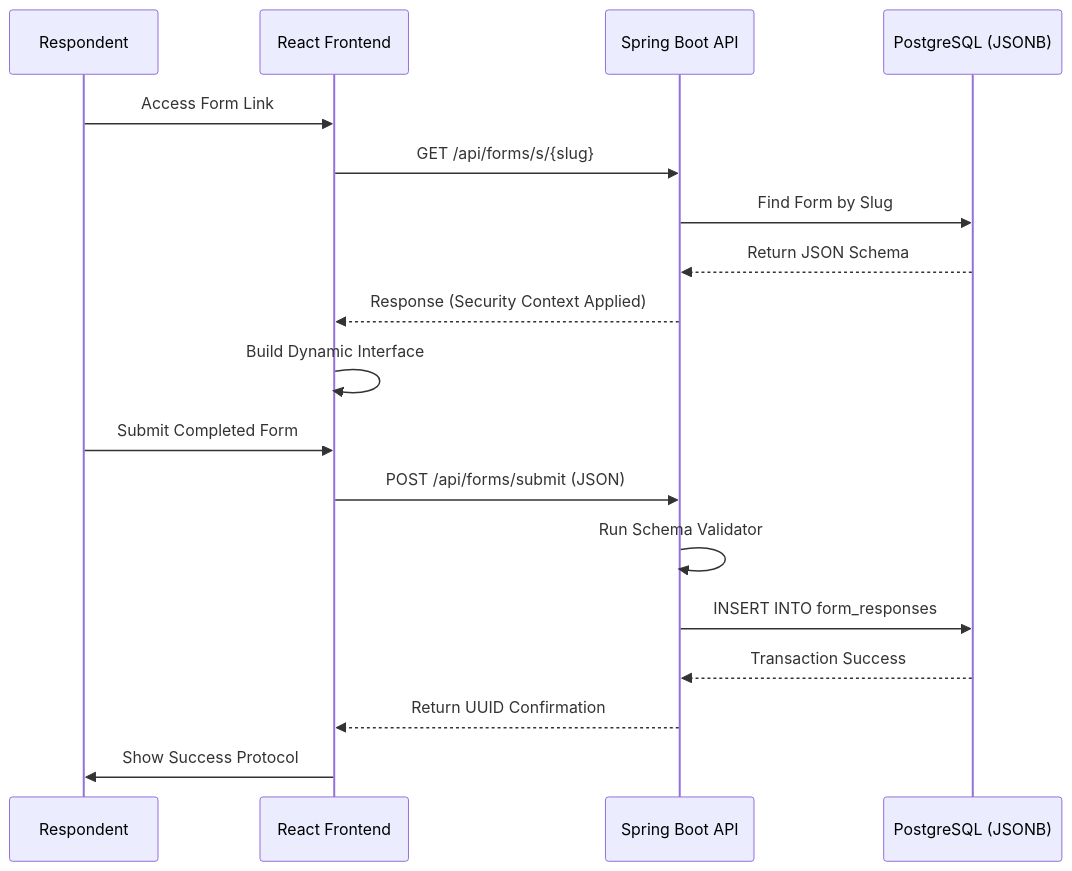
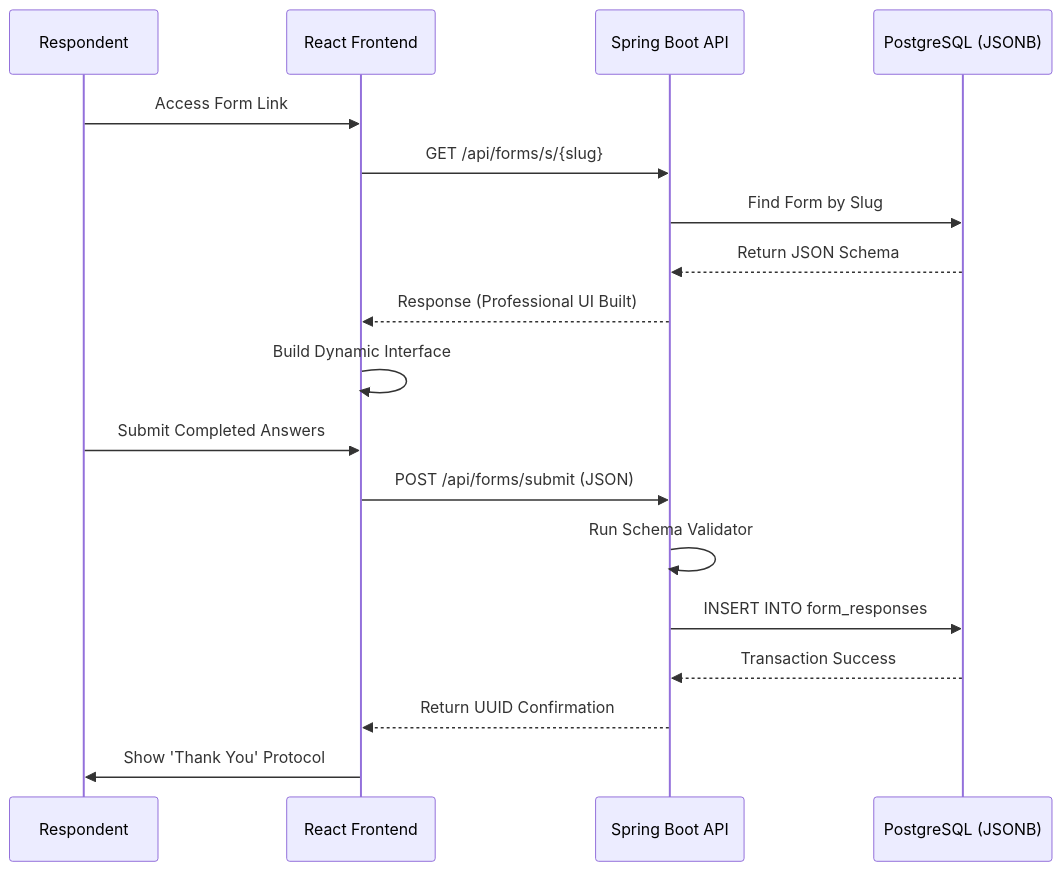
The fourth of 4 diagrams in docs/Diagrams.md (bluepal-ashok-patcha/FormCraft), drawn with Mermaid before and after one commit. The commit also changed other lines of this file and 16 other files, not shown here.

````diff
--- a/docs/Diagrams.md
+++ b/docs/Diagrams.md
@@ -132,21 +147,21 @@
 ```mermaid
 sequenceDiagram
     participant U as Respondent
     participant F as React Frontend
     participant B as Spring Boot API
     participant D as PostgreSQL (JSONB)
     
     U->>F: Access Form Link
     F->>B: GET /api/forms/s/{slug}
     B->>D: Find Form by Slug
     D-->>B: Return JSON Schema
-    B-->>F: Response (Security Context Applied)
+    B-->>F: Response (Professional UI Built)
     F->>F: Build Dynamic Interface
-    U->>F: Submit Completed Form
+    U->>F: Submit Completed Answers
     F->>B: POST /api/forms/submit (JSON)
     B->>B: Run Schema Validator
     B->>D: INSERT INTO form_responses
     D-->>B: Transaction Success
     B-->>F: Return UUID Confirmation
-    F->>U: Show Success Protocol
+    F->>U: Show 'Thank You' Protocol
 ```
````
